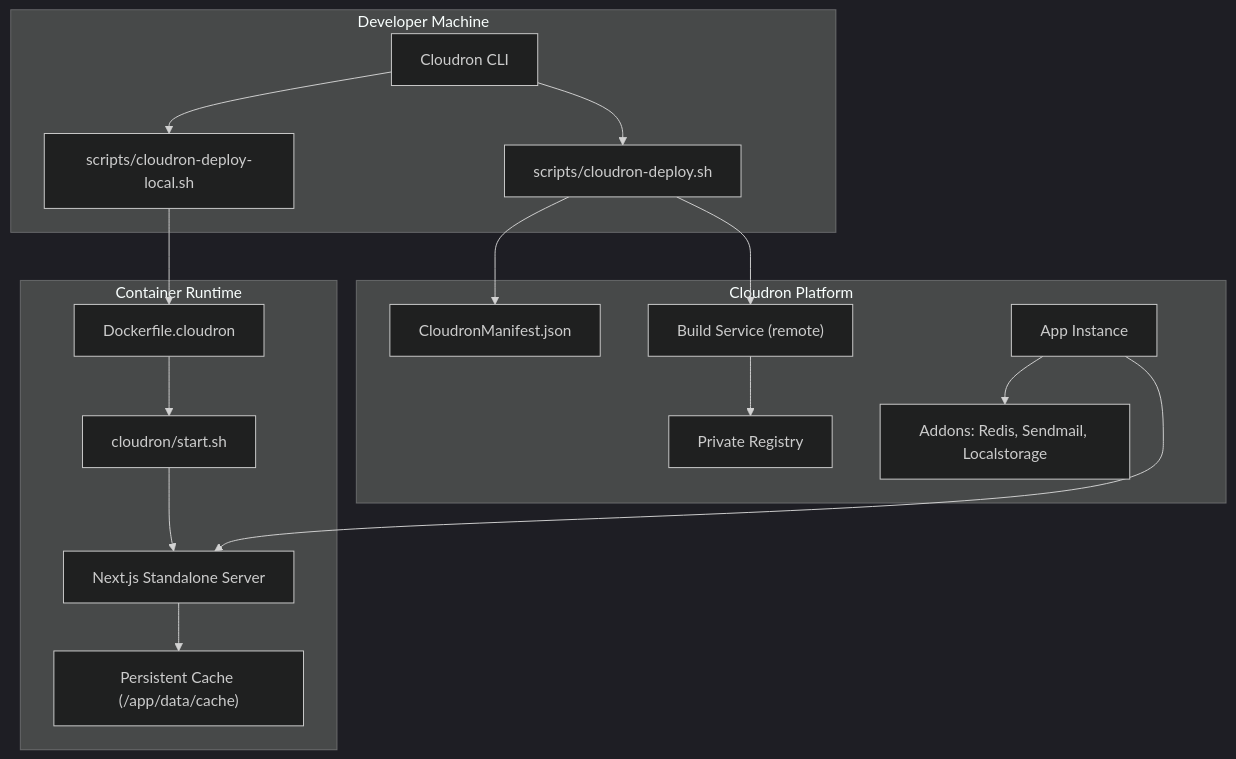
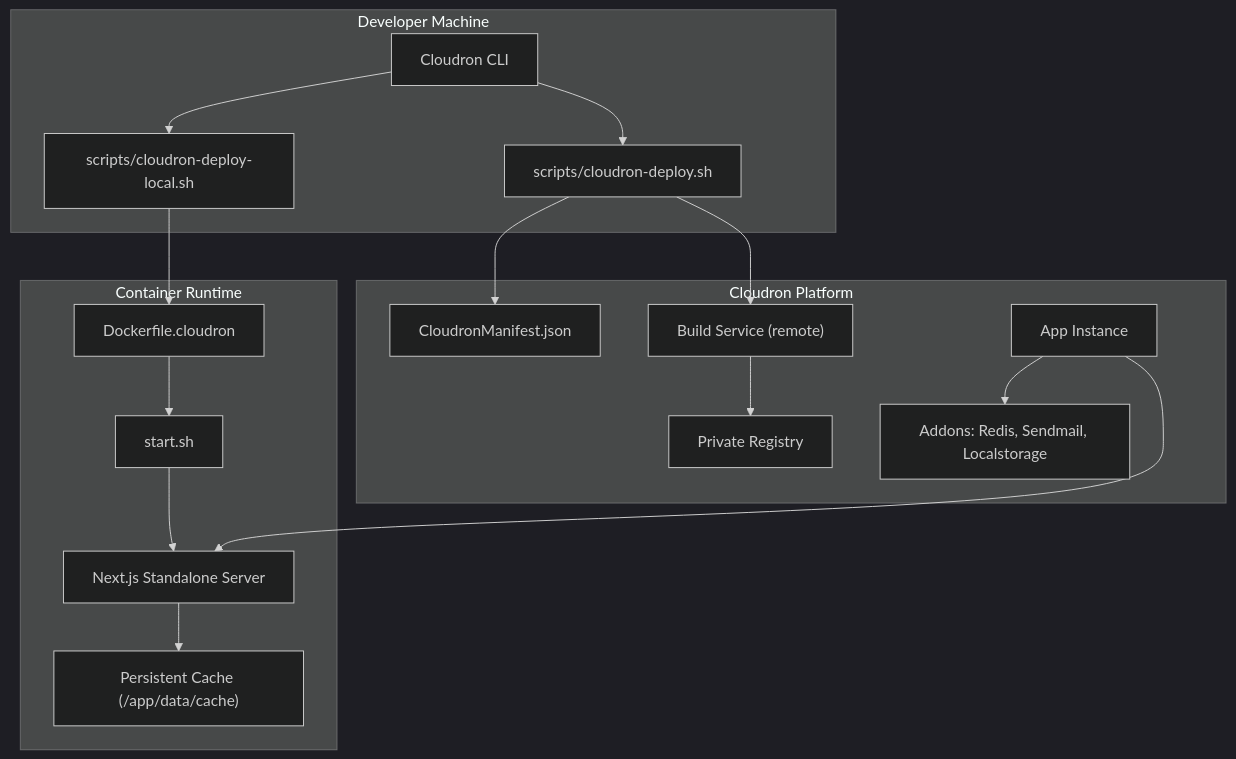
Before and after one commit to SinesysTech/zattar-os: the second of 3 diagrams in .qoder/repowiki/en/content/Deployment and Operations/Cloudron Deployment.md, drawn with Mermaid (dark theme). The commit also changed other lines of this file and 40 other files, not shown here.

````diff
--- a/.qoder/repowiki/en/content/Deployment and Operations/Cloudron Deployment.md
+++ b/.qoder/repowiki/en/content/Deployment and Operations/Cloudron Deployment.md
@@ -103,32 +111,32 @@
 ```mermaid
 graph TB
 subgraph "Developer Machine"
 CLI["Cloudron CLI"]
 DS["scripts/cloudron-deploy.sh"]
 DLS["scripts/cloudron-deploy-local.sh"]
 end
 subgraph "Cloudron Platform"
 MAN["CloudronManifest.json"]
 BLD["Build Service (remote)"]
 REG["Private Registry"]
 APP["App Instance"]
 ADD["Addons: Redis, Sendmail, Localstorage"]
 end
 subgraph "Container Runtime"
 IMG["Dockerfile.cloudron"]
-START["cloudron/start.sh"]
+START["start.sh"]
 NEXT["Next.js Standalone Server"]
 CACHE["Persistent Cache (/app/data/cache)"]
 end
 CLI --> DS
 CLI --> DLS
 DS --> MAN
 DS --> BLD
 DLS --> IMG
 BLD --> REG
 IMG --> START
 START --> NEXT
 NEXT --> CACHE
 APP --> ADD
 APP --> NEXT
 ```
````
